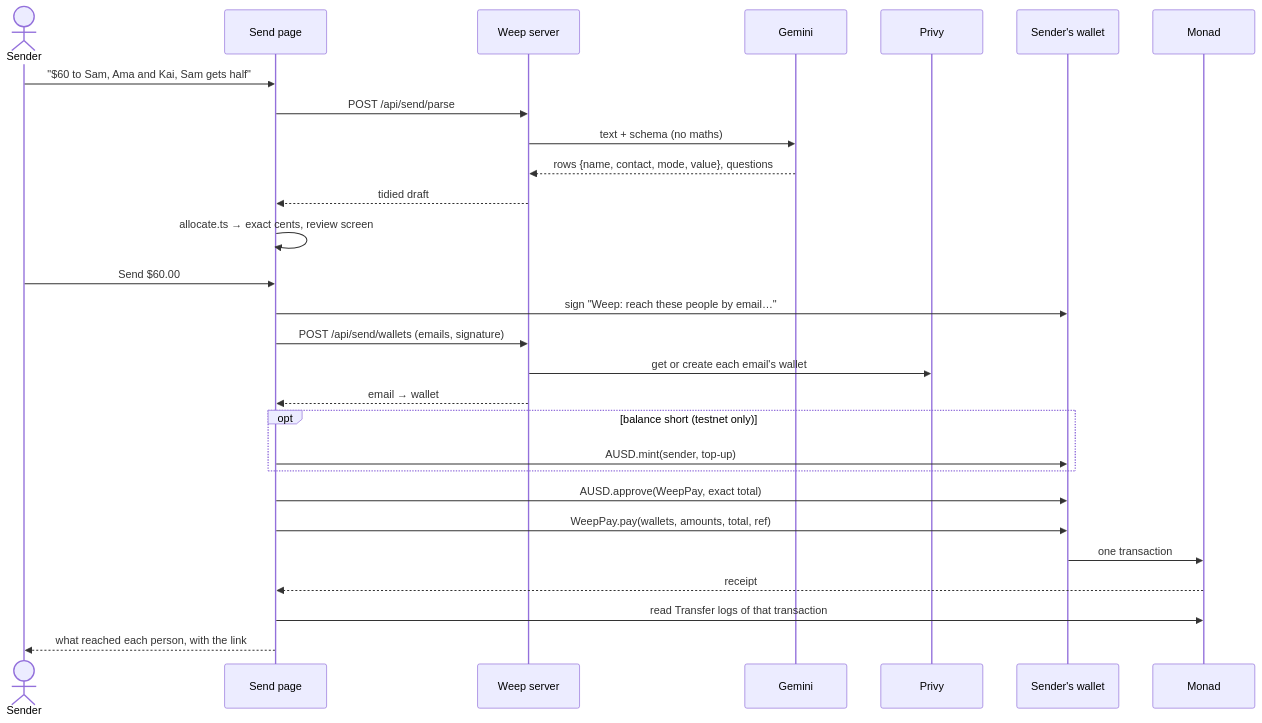
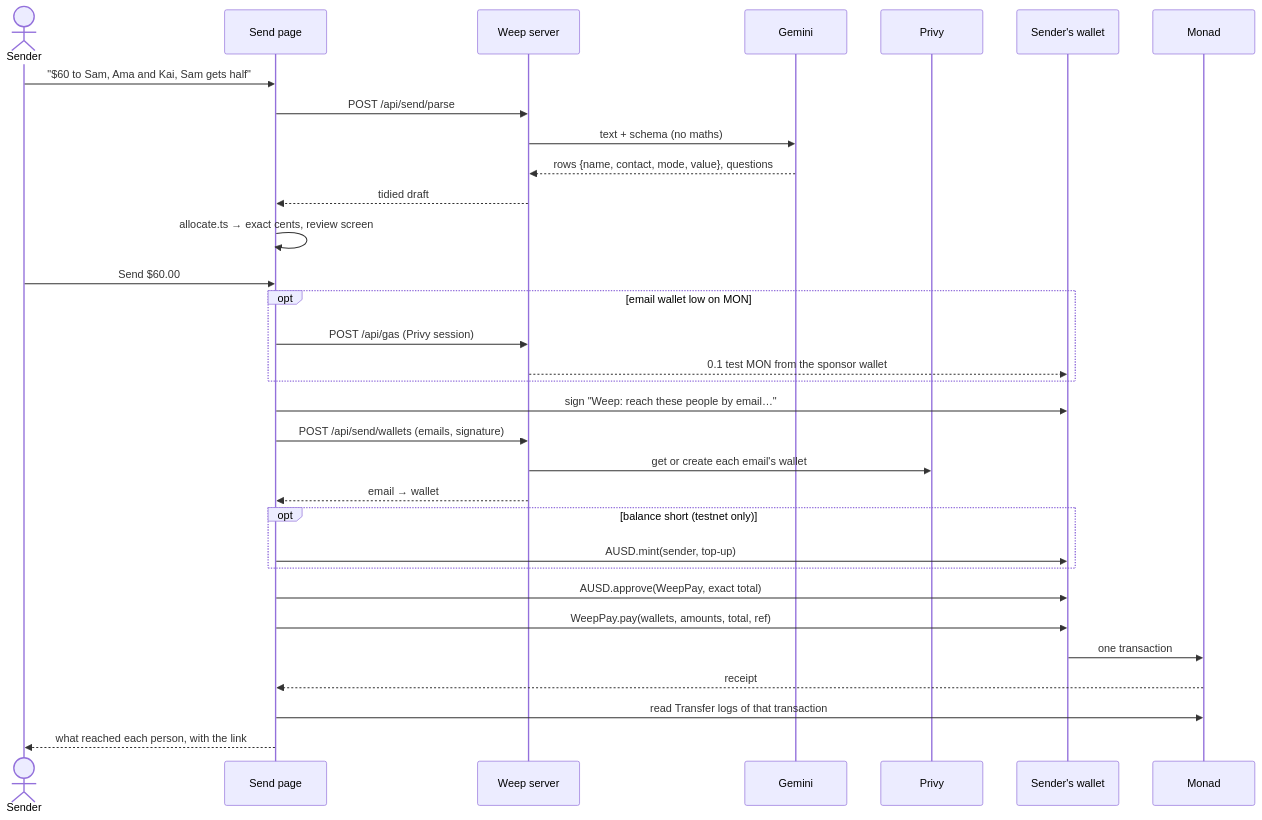
The second of 2 diagrams in docs/architecture.md (Joseph-hackathon/Weep-Protocol), drawn with Mermaid before and after one commit. The commit also changed other lines of this file and 60 other files, not shown here.

````diff
--- a/docs/architecture.md
+++ b/docs/architecture.md
@@ -63,30 +72,34 @@
 ```mermaid
 sequenceDiagram
   actor S as Sender
   participant UI as Send page
   participant API as Weep server
   participant G as Gemini
   participant P as Privy
   participant W as Sender's wallet
   participant M as Monad
   S->>UI: "$60 to Sam, Ama and Kai, Sam gets half"
   UI->>API: POST /api/send/parse
   API->>G: text + schema (no maths)
   G-->>API: rows {name, contact, mode, value}, questions
   API-->>UI: tidied draft
   UI->>UI: allocate.ts → exact cents, review screen
   S->>UI: Send $60.00
+  opt email wallet low on MON
+    UI->>API: POST /api/gas (Privy session)
+    API-->>W: 0.1 test MON from the sponsor wallet
+  end
   UI->>W: sign "Weep: reach these people by email…"
   UI->>API: POST /api/send/wallets (emails, signature)
   API->>P: get or create each email's wallet
   API-->>UI: email → wallet
   opt balance short (testnet only)
     UI->>W: AUSD.mint(sender, top-up)
   end
   UI->>W: AUSD.approve(WeepPay, exact total)
   UI->>W: WeepPay.pay(wallets, amounts, total, ref)
   W->>M: one transaction
   M-->>UI: receipt
   UI->>M: read Transfer logs of that transaction
   UI-->>S: what reached each person, with the link
 ```
````
